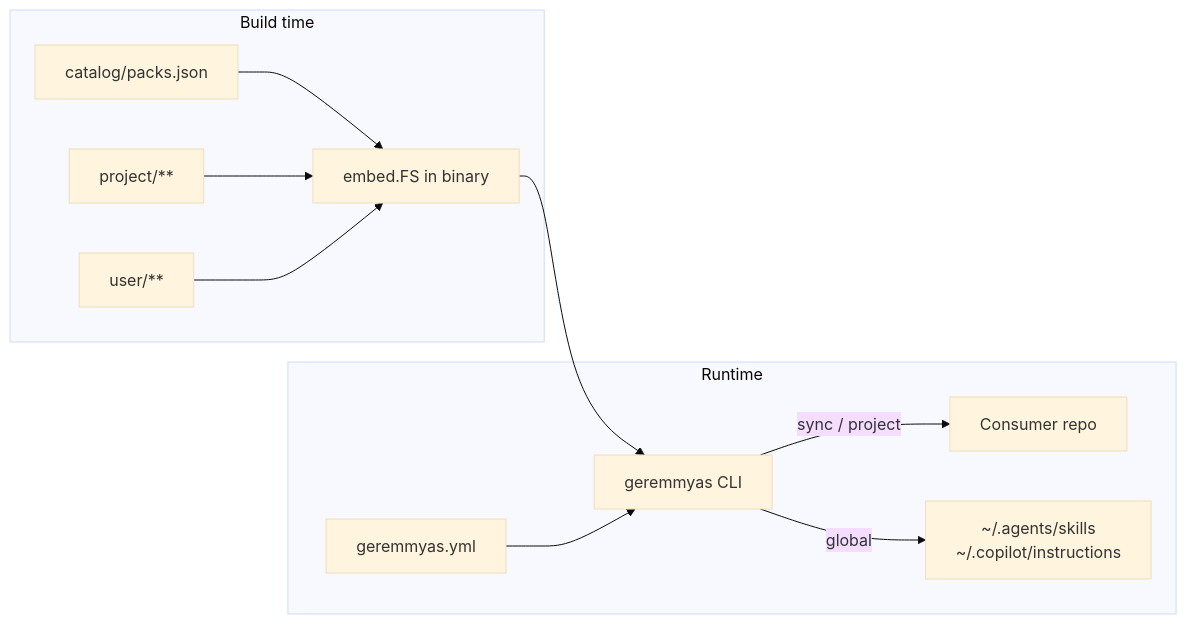
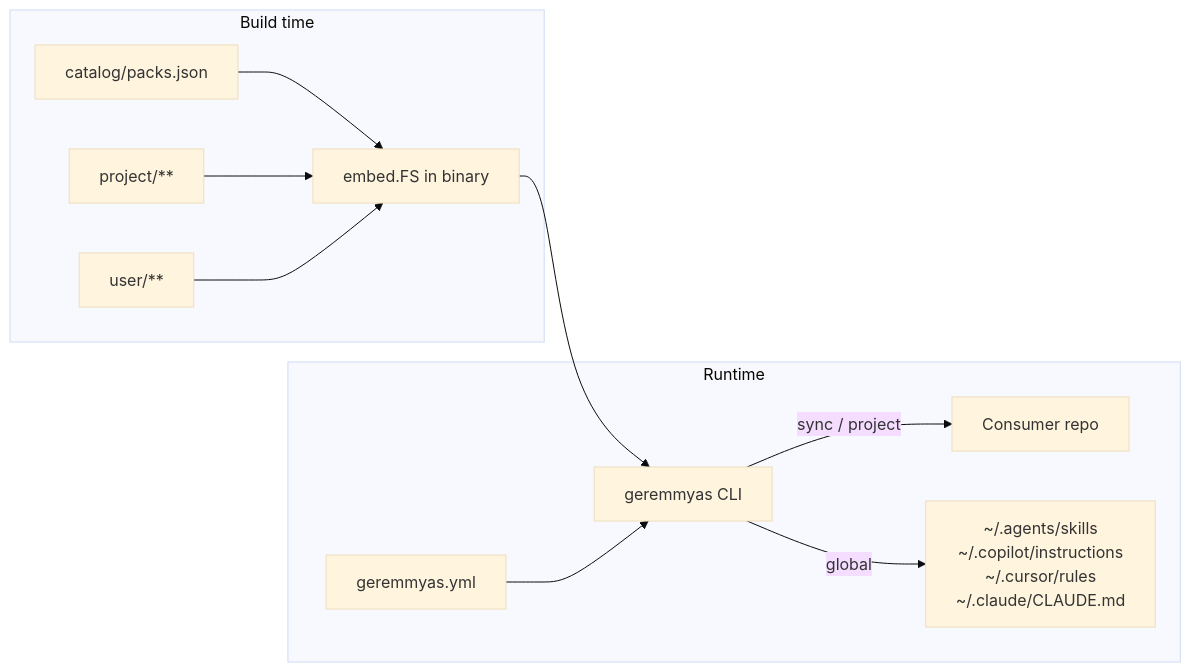
Before and after one commit to woliveiras/geremmyas: the diagram in docs/architecture.md, drawn with Mermaid (base theme). The commit also changed other lines of this file and 9 other files, not shown here.

````diff
--- a/docs/architecture.md
+++ b/docs/architecture.md
@@ -169,22 +186,22 @@
 ```mermaid
 flowchart LR
   subgraph build [Build time]
     catalog[catalog/packs.json]
     project[project/**]
     user[user/**]
     embed[embed.FS in binary]
     catalog --> embed
     project --> embed
     user --> embed
   end
   subgraph runtime [Runtime]
     CLI[geremmyas CLI]
     yml[geremmyas.yml]
     repo[Consumer repo]
-    global["~/.agents/skills\n~/.copilot/instructions"]
+    global["~/.agents/skills\n~/.copilot/instructions\n~/.cursor/rules\n~/.claude/CLAUDE.md"]
   end
   embed --> CLI
   yml --> CLI
   CLI -->|sync / project| repo
   CLI -->|global| global
 ```
````
